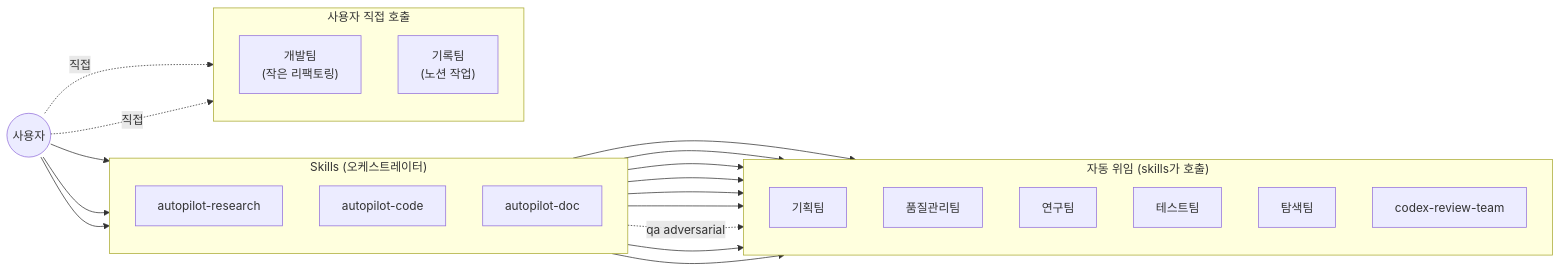
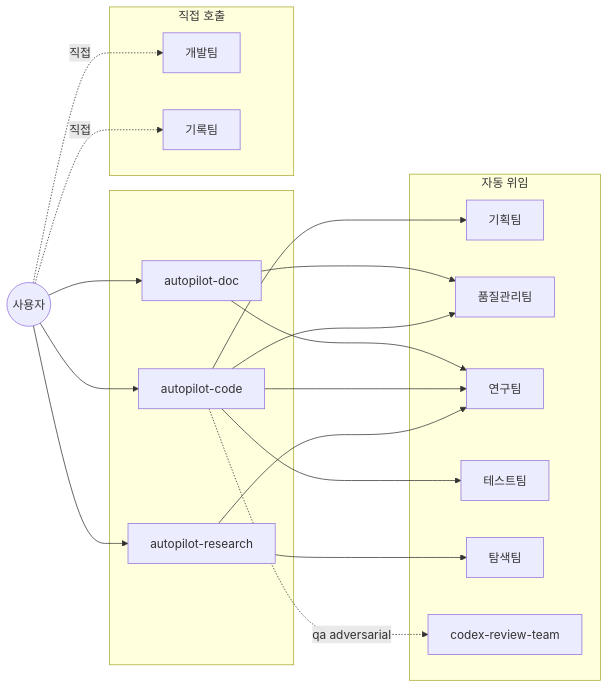
The second of 2 diagrams in README.md (dmlguq456/agent_setting), drawn with Mermaid before and after one commit. The commit also changed other lines of this file and 1 other file, not shown here.

````diff
--- a/README.md
+++ b/README.md
@@ -89,38 +88,35 @@
 ```mermaid
 flowchart LR
     USER(("사용자"))
-    subgraph SKILLS["Skills (오케스트레이터)"]
-        direction TB
+    subgraph SKILLS[" "]
         ARES["autopilot-research"]
         ACODE["autopilot-code"]
         ADOC["autopilot-doc"]
     end
-    subgraph AUTO["자동 위임 (skills가 호출)"]
-        direction TB
+    subgraph AUTO["자동 위임"]
         PT["기획팀"]
         QT["품질관리팀"]
         RT["연구팀"]
         TT["테스트팀"]
         BT["탐색팀"]
         CRT["codex-review-team"]
     end
-    subgraph DIRECT["사용자 직접 호출"]
-        direction TB
-        DT["개발팀<br/>(작은 리팩토링)"]
-        REC["기록팀<br/>(노션 작업)"]
+    subgraph DIRECT["직접 호출"]
+        DT["개발팀"]
+        REC["기록팀"]
     end
     USER --> ARES
     USER --> ACODE
     USER --> ADOC
     USER -. 직접 .-> DT
     USER -. 직접 .-> REC
     ARES --> RT
     ARES --> BT
     ACODE --> PT
     ACODE --> QT
     ACODE --> RT
     ACODE --> TT
     ACODE -. qa adversarial .-> CRT
     ADOC --> RT
     ADOC --> QT
 ```
````
